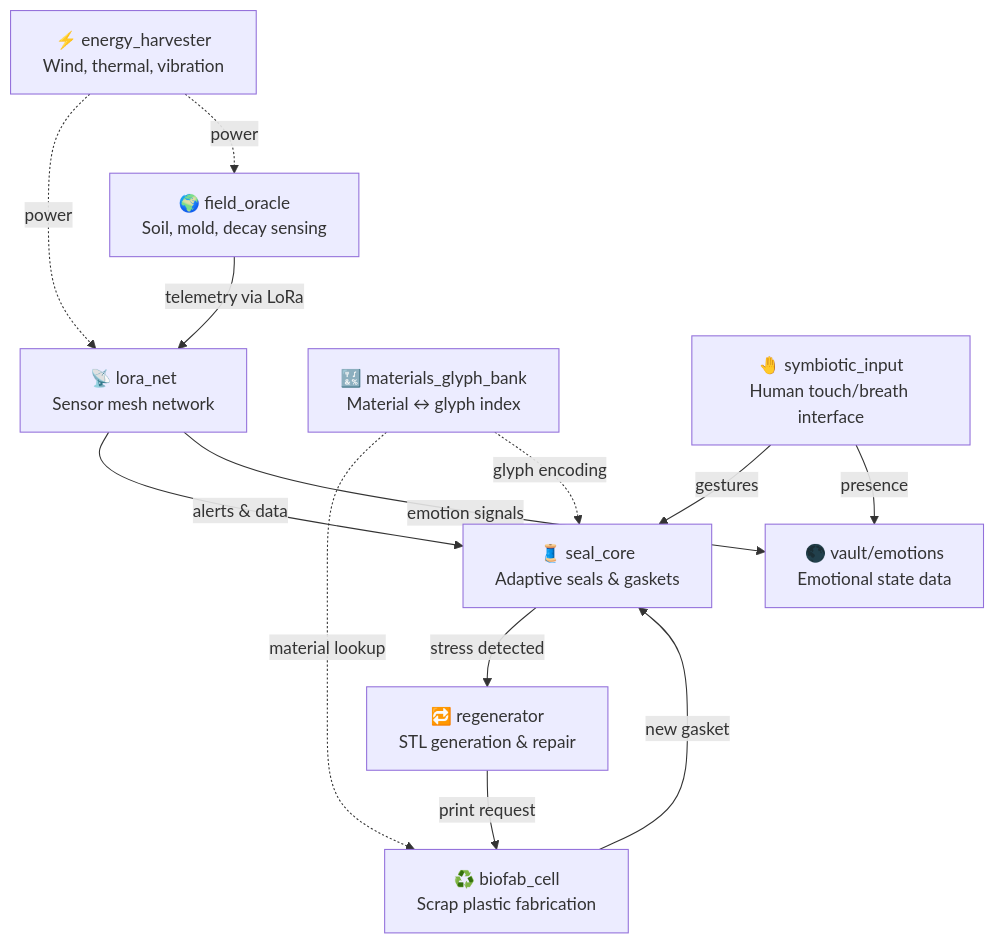
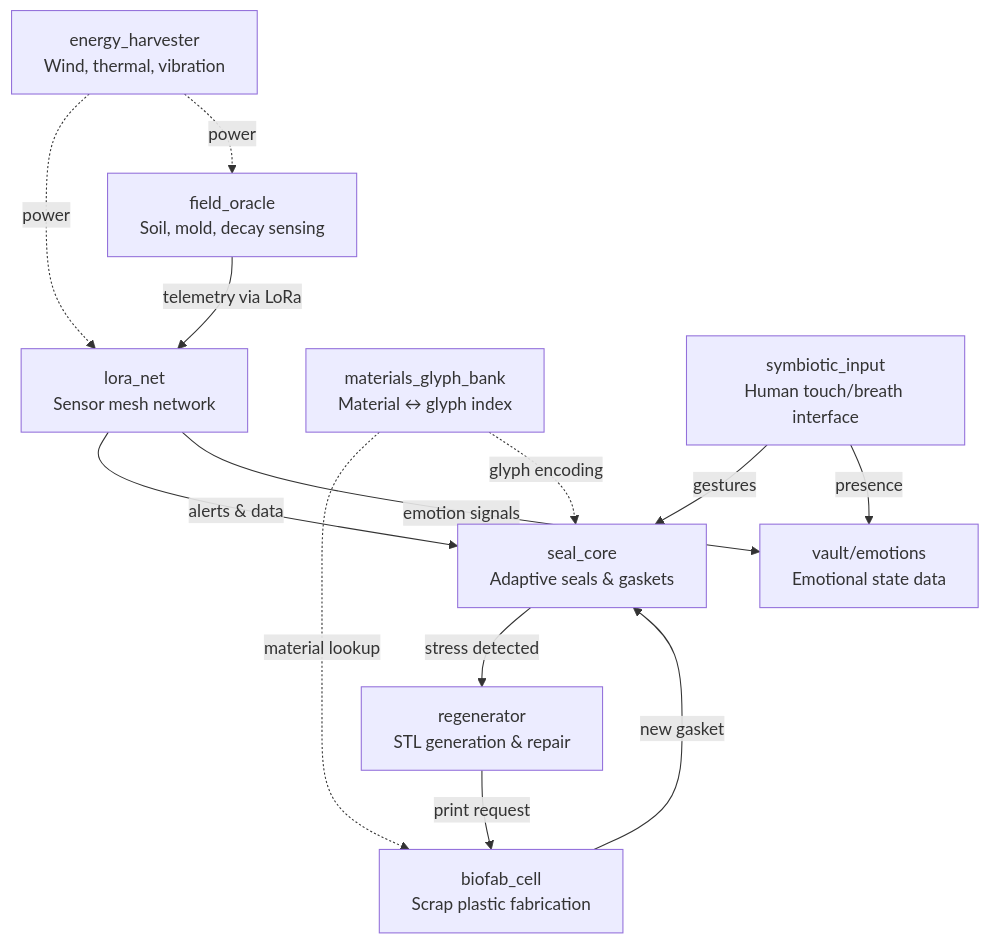
One commit to JinnZ2/biomachine_ecology changed the diagram in README.md. Above: the diagram before and after it, drawn with Mermaid. The commit also changed other lines of this file and 7 other files, not shown here.

````diff
--- a/README.md
+++ b/README.md
@@ -15,15 +14,15 @@
 ```mermaid
 flowchart TD
-    FO[🌍 field_oracle<br/>Soil, mold, decay sensing] -->|telemetry via LoRa| LN[📡 lora_net<br/>Sensor mesh network]
-    LN -->|alerts & data| SC[🧵 seal_core<br/>Adaptive seals & gaskets]
-    LN -->|emotion signals| VE[🌑 vault/emotions<br/>Emotional state data]
-    SC -->|stress detected| RG[🔁 regenerator<br/>STL generation & repair]
-    RG -->|print request| BF[♻️ biofab_cell<br/>Scrap plastic fabrication]
+    FO[field_oracle<br/>Soil, mold, decay sensing] -->|telemetry via LoRa| LN[lora_net<br/>Sensor mesh network]
+    LN -->|alerts & data| SC[seal_core<br/>Adaptive seals & gaskets]
+    LN -->|emotion signals| VE[vault/emotions<br/>Emotional state data]
+    SC -->|stress detected| RG[regenerator<br/>STL generation & repair]
+    RG -->|print request| BF[biofab_cell<br/>Scrap plastic fabrication]
     BF -->|new gasket| SC
-    MG[🔣 materials_glyph_bank<br/>Material ↔ glyph index] -.->|material lookup| BF
+    MG[materials_glyph_bank<br/>Material ↔ glyph index] -.->|material lookup| BF
     MG -.->|glyph encoding| SC
-    SI[🤚 symbiotic_input<br/>Human touch/breath interface] -->|gestures| SC
+    SI[symbiotic_input<br/>Human touch/breath interface] -->|gestures| SC
     SI -->|presence| VE
-    EH[⚡ energy_harvester<br/>Wind, thermal, vibration] -.->|power| LN
+    EH[energy_harvester<br/>Wind, thermal, vibration] -.->|power| LN
     EH -.->|power| FO
 ```
````
